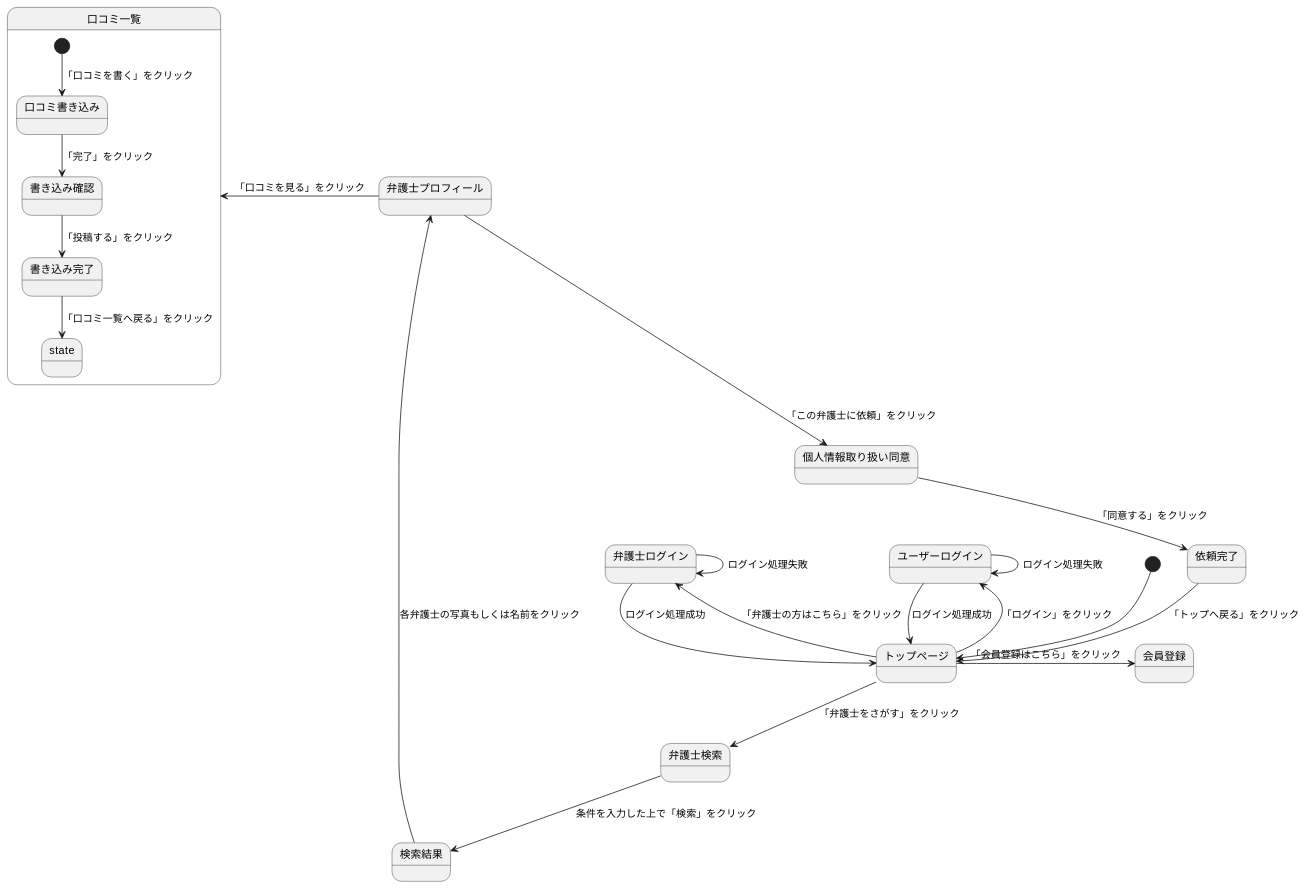
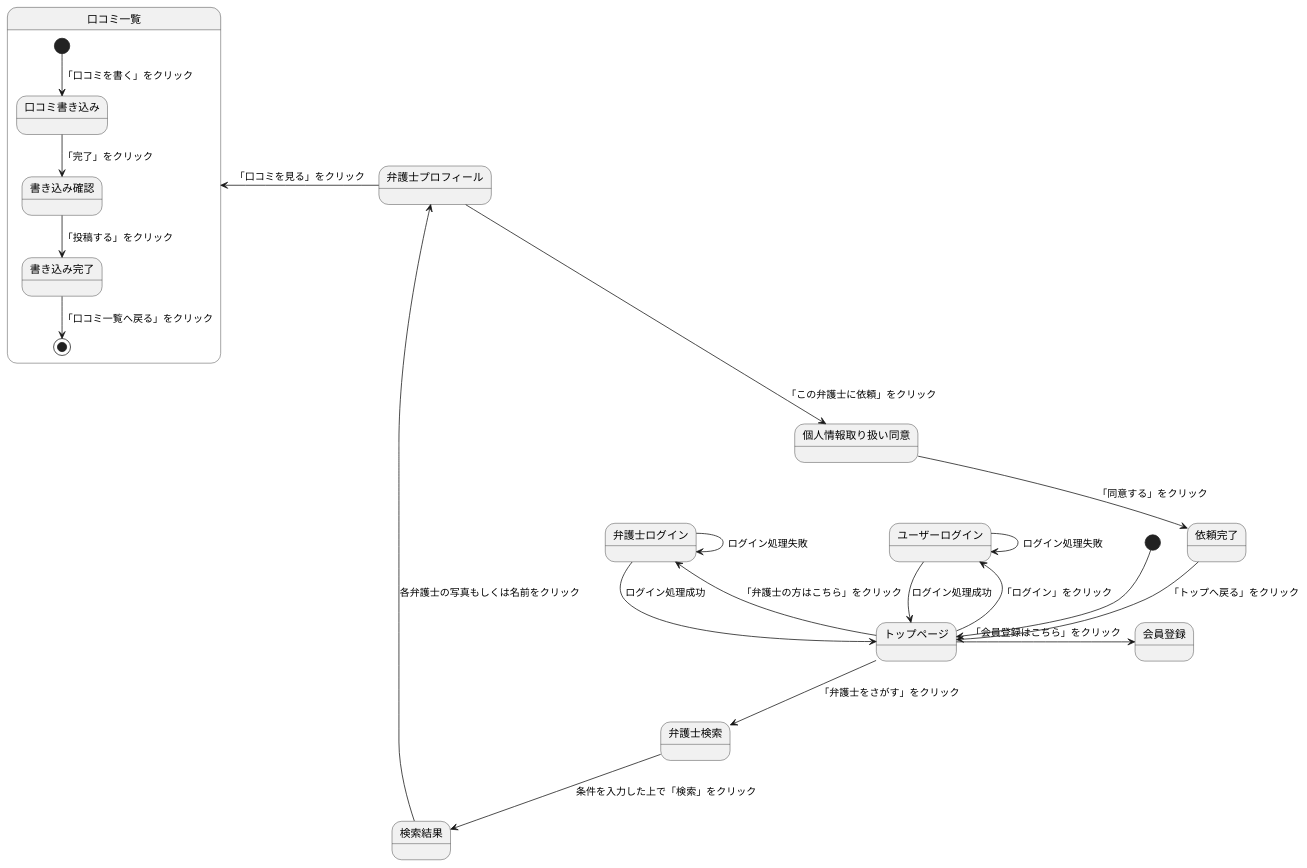
Before and after one commit to Aso2001374/2021sys-design: the diagram in 0524kadai.md, drawn with PlantUML.

````diff
--- a/0524kadai.md
+++ b/0524kadai.md
@@ -1,29 +1,29 @@
 ```uml
 @startuml
 [*] --> トップページ
 トップページ -> 会員登録:「会員登録はこちら」をクリック
 トップページ -left-> ユーザーログイン:「ログイン」をクリック
 ユーザーログイン--> トップページ: ログイン処理成功
 ユーザーログイン--> ユーザーログイン: ログイン処理失敗
 
 トップページ -left-> 弁護士ログイン:「弁護士の方はこちら」をクリック
 弁護士ログイン--> トップページ: ログイン処理成功
 弁護士ログイン--> 弁護士ログイン: ログイン処理失敗
 
 トップページ --> 弁護士検索:「弁護士をさがす」をクリック
 弁護士検索 --> 検索結果: 条件を入力した上で「検索」をクリック
 検索結果 -down-> 弁護士プロフィール: 各弁護士の写真もしくは名前をクリック
 弁護士プロフィール -left-> 口コミ一覧:「口コミを見る」をクリック
 弁護士プロフィール --> 個人情報取り扱い同意:「この弁護士に依頼」をクリック
 個人情報取り扱い同意-->依頼完了:「同意する」をクリック
 依頼完了-->トップページ:「トップへ戻る」をクリック
 
 state 口コミ一覧{
 [*] --> 口コミ書き込み:「口コミを書く」をクリック
 口コミ書き込み --> 書き込み確認:「完了」をクリック
 書き込み確認 --> 書き込み完了:「投稿する」をクリック
-書き込み完了 --> state:「口コミ一覧へ戻る」をクリック
+書き込み完了 --> [*]:「口コミ一覧へ戻る」をクリック
 }
 
 @enduml
 ```
````
